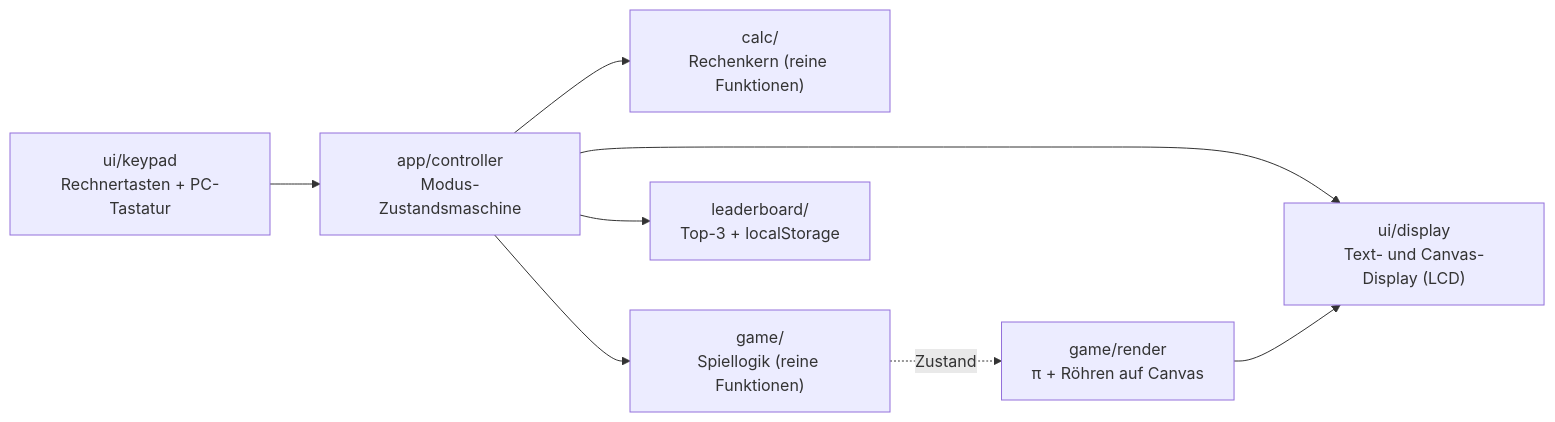
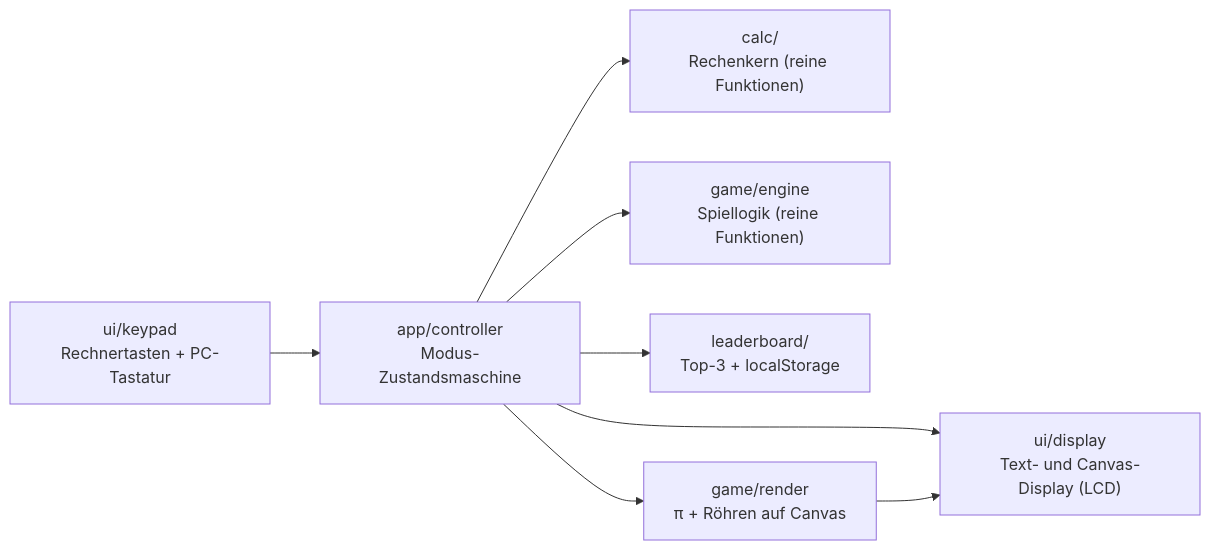
The first of 3 diagrams in docs/masterBuildPlan.md (CemDCoding/flappyPiCalculator), drawn with Mermaid before and after one commit. The commit also changed other lines of this file, not shown here.

````diff
--- a/docs/masterBuildPlan.md
+++ b/docs/masterBuildPlan.md
@@ -186,10 +159,10 @@
 ```mermaid
 flowchart LR
   KP["ui/keypad<br/>Rechnertasten + PC-Tastatur"] --> APP["app/controller<br/>Modus-Zustandsmaschine"]
   APP --> CALC["calc/<br/>Rechenkern (reine Funktionen)"]
-  APP --> GAME["game/<br/>Spiellogik (reine Funktionen)"]
+  APP --> GAME["game/engine<br/>Spiellogik (reine Funktionen)"]
   APP --> LB["leaderboard/<br/>Top-3 + localStorage"]
   APP --> DISP["ui/display<br/>Text- und Canvas-Display (LCD)"]
-  GAME -.->|"Zustand"| REND["game/render<br/>π + Röhren auf Canvas"]
+  APP --> REND["game/render<br/>π + Röhren auf Canvas"]
   REND --> DISP
 ```
````
